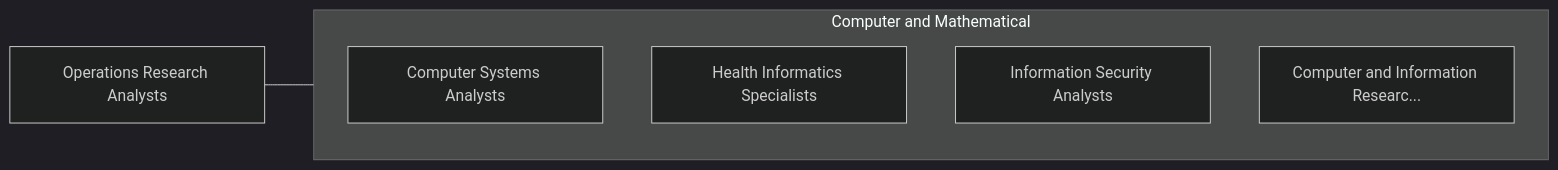
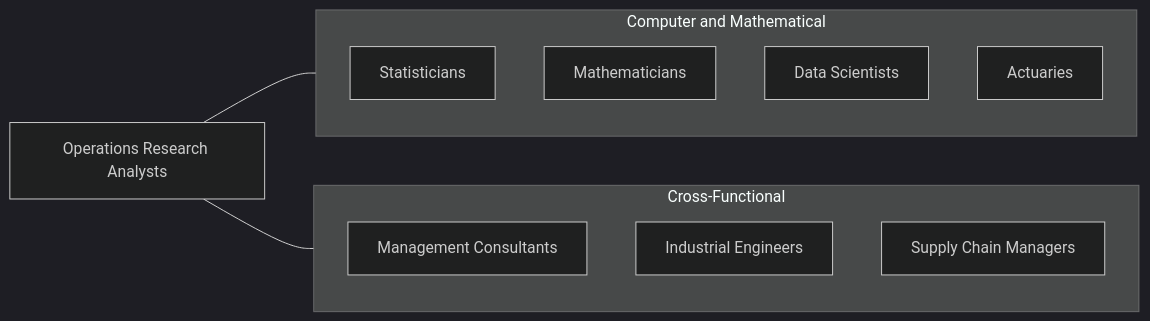
Before and after one commit to kziemski/business.org.ai: the third of 4 diagrams in occupations/Technology/OperationsResearchAnalysts.mdx, drawn with Mermaid (dark theme). The commit also changed other lines of this file and 938 other files, not shown here.

````diff
--- a/occupations/Technology/OperationsResearchAnalysts.mdx
+++ b/occupations/Technology/OperationsResearchAnalysts.mdx
@@ -111,13 +187,20 @@
 ```mermaid
 graph LR
     Current["Operations Research Analysts"]
 
     subgraph SameCategory["Computer and Mathematical"]
-        ComputerSystemsAnaly["Computer Systems Analysts"]
-        HealthInformaticsSpe["Health Informatics Specialists"]
-        InformationSecurityA["Information Security Analysts"]
-        ComputerAndInformati["Computer and Information Researc..."]
+        Stat["Statisticians"]
+        Math["Mathematicians"]
+        DS["Data Scientists"]
+        Act["Actuaries"]
+    end
+
+    subgraph CrossFunctional["Cross-Functional"]
+        MC["Management Consultants"]
+        IE["Industrial Engineers"]
+        SCM["Supply Chain Managers"]
     end
 
     Current --- SameCategory
+    Current --- CrossFunctional
 ```
````
